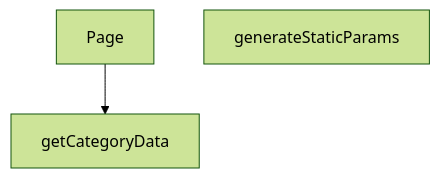
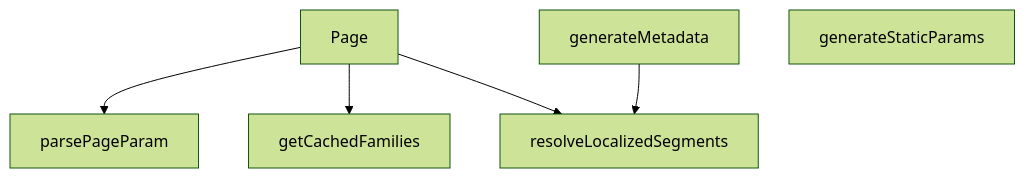
Before and after one commit to peckop/venthub-hvac-esite: the diagram in src/app/[lang]/category/[categorySlug]/[subCategorySlug]/page.md, drawn with Mermaid (forest theme). The commit also changed other lines of this file and 31 other files, not shown here.

````diff
--- a/src/app/[lang]/category/[categorySlug]/[subCategorySlug]/page.md
+++ b/src/app/[lang]/category/[categorySlug]/[subCategorySlug]/page.md
@@ -112,7 +253,13 @@
 ```mermaid
 graph TD
     page_tsx__Page["Page"]
+    page_tsx__generateMetadata["generateMetadata"]
     page_tsx__generateStaticParams["generateStaticParams"]
-    page_tsx__getCategoryData["getCategoryData"]
-    page_tsx__Page --> page_tsx__getCategoryData
+    page_tsx__getCachedFamilies["getCachedFamilies"]
+    page_tsx__parsePageParam["parsePageParam"]
+    page_tsx__resolveLocalizedSegments["resolveLocalizedSegments"]
+    page_tsx__Page --> page_tsx__parsePageParam
+    page_tsx__Page --> page_tsx__getCachedFamilies
+    page_tsx__Page --> page_tsx__resolveLocalizedSegments
+    page_tsx__generateMetadata --> page_tsx__resolveLocalizedSegments
 ```
````
